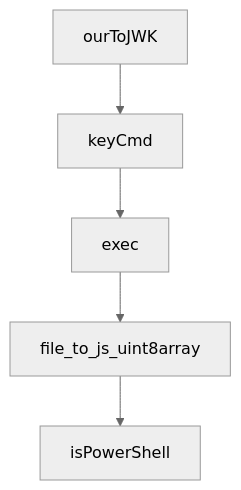
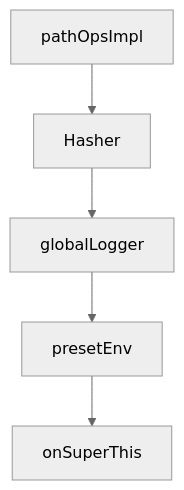
The diagram in tutorials/fireproof-tutorial/04-ledger-crdt-and-causal-consistency.md (johnxie/awesome-code-docs), drawn with Mermaid (neutral theme) before and after one commit. The commit also changed other lines of this file and 1232 other files, not shown here.

````diff
--- a/tutorials/fireproof-tutorial/04-ledger-crdt-and-causal-consistency.md
+++ b/tutorials/fireproof-tutorial/04-ledger-crdt-and-causal-consistency.md
@@ -203,12 +207,12 @@
 ```mermaid
 flowchart TD
-    A[ourToJWK]
-    B[keyCmd]
-    C[exec]
-    D[file_to_js_uint8array]
-    E[isPowerShell]
+    A[pathOpsImpl]
+    B[Hasher]
+    C[globalLogger]
+    D[presetEnv]
+    E[onSuperThis]
     A --> B
     B --> C
     C --> D
     D --> E
 ```
````
